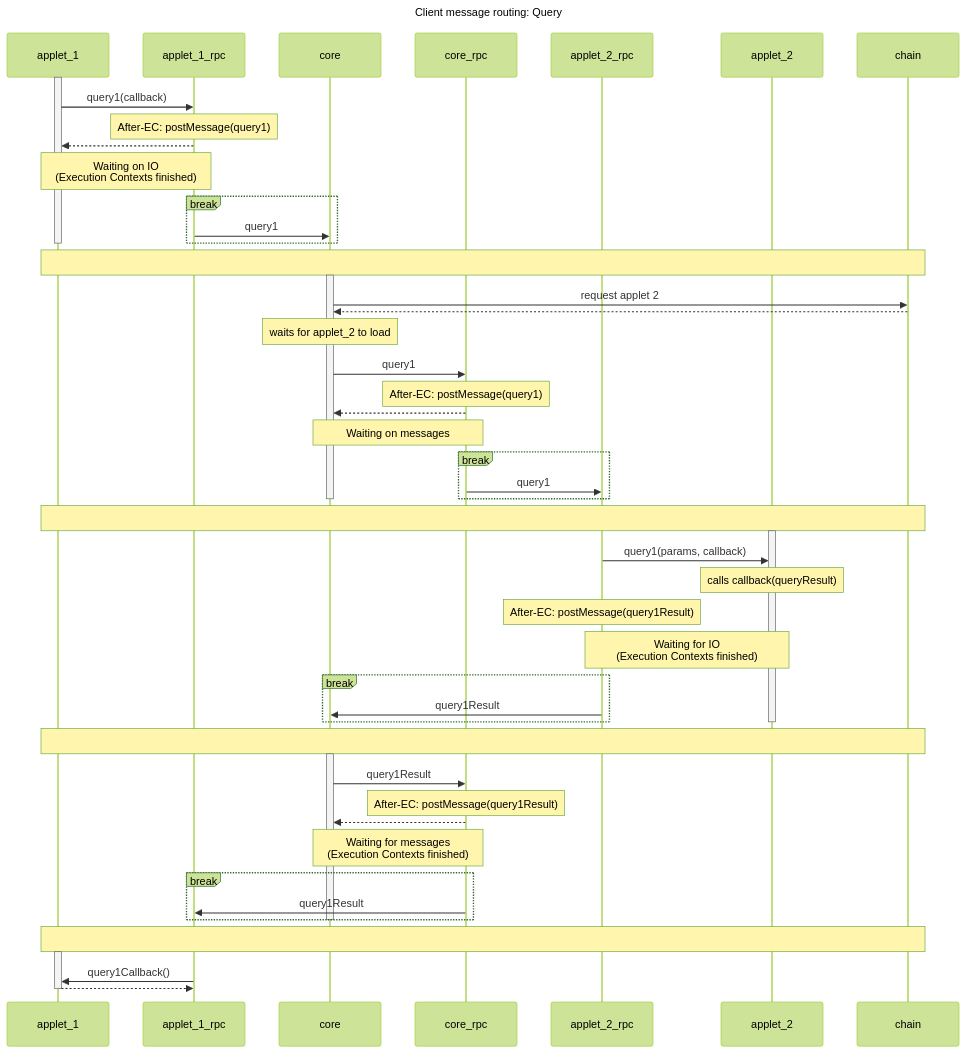
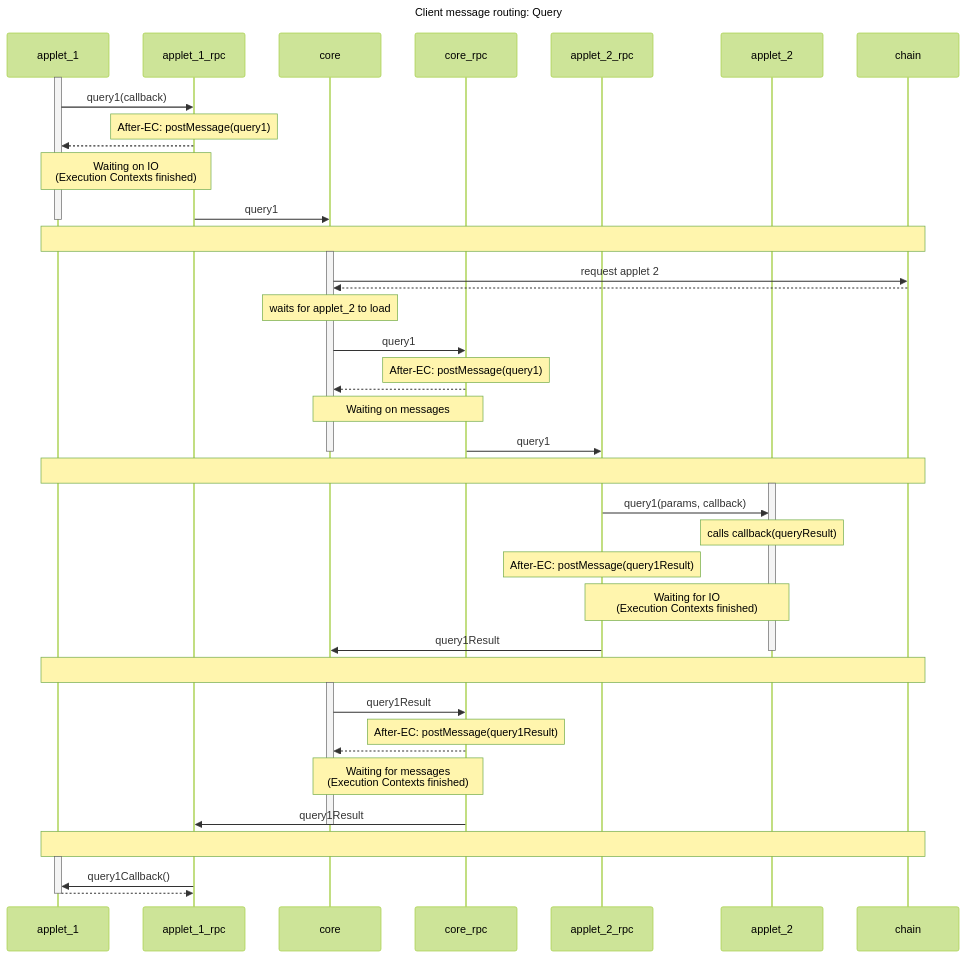
Before and after one commit to gofractally/psibase: the second of 2 diagrams in doc/diagrams/client-message-routing.md, drawn with Mermaid (forest theme). The commit also changed other lines of this file, not shown here.

Commit message:
attempt to fix mermaid sequence diagram for github rendering

````diff
--- a/doc/diagrams/client-message-routing.md
+++ b/doc/diagrams/client-message-routing.md
@@ -113,81 +98,73 @@
 ```mermaid
 sequenceDiagram
 
 title Client message routing: Query
 
 participant applet_1
 participant applet_1_rpc
 participant core
 participant core_rpc
 participant applet_2_rpc
 participant applet_2
 participant chain
 
 activate applet_1
 applet_1->>applet_1_rpc: query1(callback)
 note over applet_1_rpc: After-EC: postMessage(query1)
 applet_1_rpc-->>applet_1: 
+
 Note over applet_1, applet_1_rpc: Waiting on IO<br>(Execution Contexts finished)
-
-break
 applet_1_rpc->>core: query1
-end
 deactivate applet_1
 
 
 note over applet_1,chain: 
 
 activate core
 core->>chain: request applet 2
 chain-->>core: 
 note over core: waits for applet_2 to load
 core->>core_rpc: query1
 note over core_rpc: After-EC: postMessage(query1)
 core_rpc-->>core: 
+
 note over core, core_rpc: Waiting on messages
-
-break
 core_rpc->>applet_2_rpc: query1
-end
 deactivate core
 
 
 note over applet_1,chain: 
 
 
 activate applet_2
 applet_2_rpc->>applet_2: query1(params, callback)
 note over applet_2: calls callback(queryResult)
 note over applet_2_rpc: After-EC: postMessage(query1Result)
+
 note over applet_2_rpc,applet_2: Waiting for IO<br>(Execution Contexts finished)
-
-break
 applet_2_rpc->>core: query1Result
-end
 deactivate applet_2
 
 
 note over applet_1,chain: 
 
 
 activate core
 core->>core_rpc: query1Result
 note over core_rpc: After-EC: postMessage(query1Result)
 core_rpc-->>core: 
+
 note over core, core_rpc: Waiting for messages<br>(Execution Contexts finished)
-
-break
 core_rpc->>applet_1_rpc: query1Result
-end
 deactivate core
 
 
 note over applet_1,chain: 
 
 
 activate applet_1
 applet_1_rpc->>applet_1: query1Callback()
 applet_1-->>applet_1_rpc: 
 deactivate applet_1
 
 ```
````
